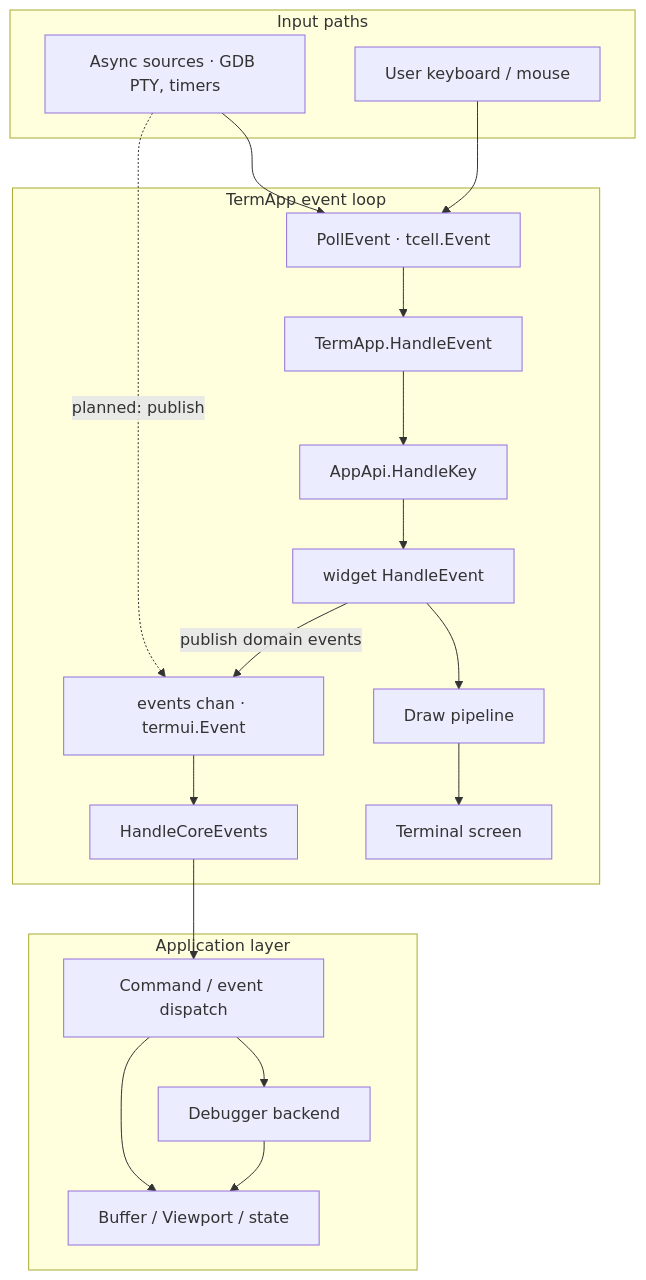
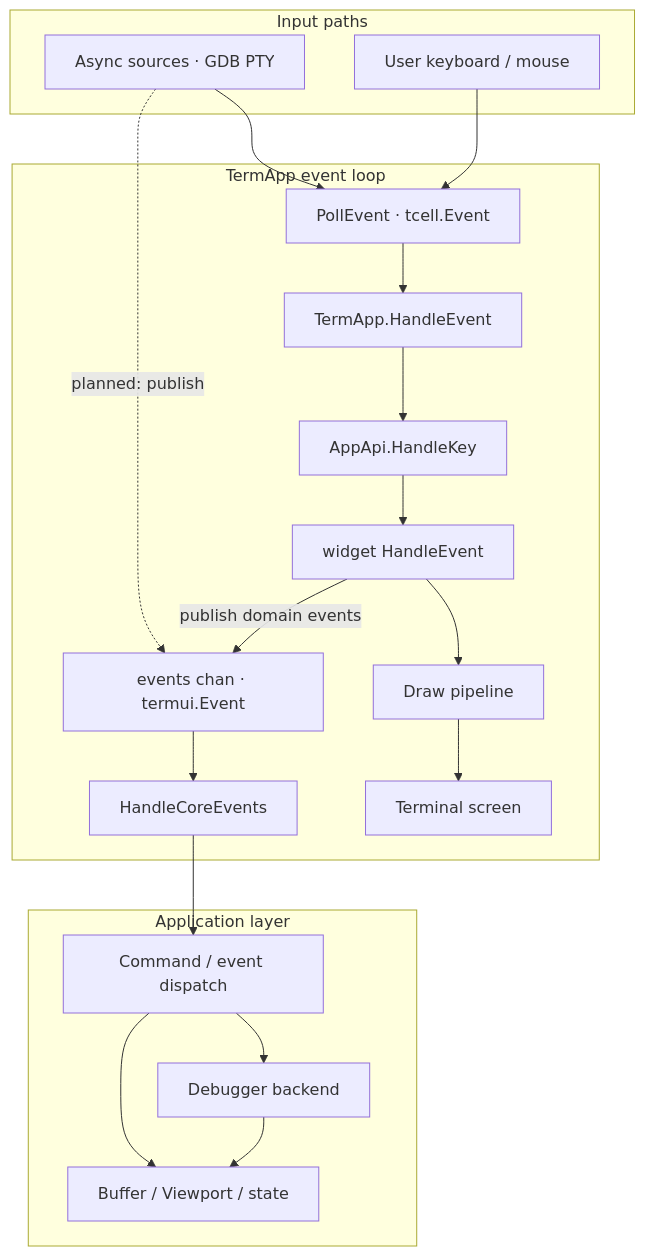
Before and after one commit to yairgd/gdbforge: the diagram in docs/diagrams/data_flow.mermaid, drawn with Mermaid. The commit also changed 12 other files, not shown here.

```diff
--- a/docs/diagrams/data_flow.mermaid
+++ b/docs/diagrams/data_flow.mermaid
@@ -1,35 +1,35 @@
 flowchart TB
     subgraph Input["Input paths"]
         User["User keyboard / mouse"]
-        Async["Async sources · GDB PTY, timers"]
+        Async["Async sources · GDB PTY"]
     end
 
     subgraph TermApp["TermApp event loop"]
         Poll["PollEvent · tcell.Event"]
         Bus["events chan · termui.Event"]
         TermHandler["TermApp.HandleEvent"]
         HandleKey["AppApi.HandleKey"]
         Widgets["widget HandleEvent"]
         CoreHub["HandleCoreEvents"]
         Draw["Draw pipeline"]
         Screen["Terminal screen"]
     end
 
     subgraph App["Application layer"]
         Dispatch["Command / event dispatch"]
         Debugger["Debugger backend"]
         Model["Buffer / Viewport / state"]
     end
 
     User --> Poll
     Async --> Poll
     Poll --> TermHandler
     TermHandler --> HandleKey --> Widgets
     Widgets -->|"publish domain events"| Bus
     Async -.->|"planned: publish"| Bus
     Bus --> CoreHub --> Dispatch
     Dispatch --> Debugger
     Debugger --> Model
     Dispatch --> Model
     Widgets --> Draw
     Draw --> Screen
```
